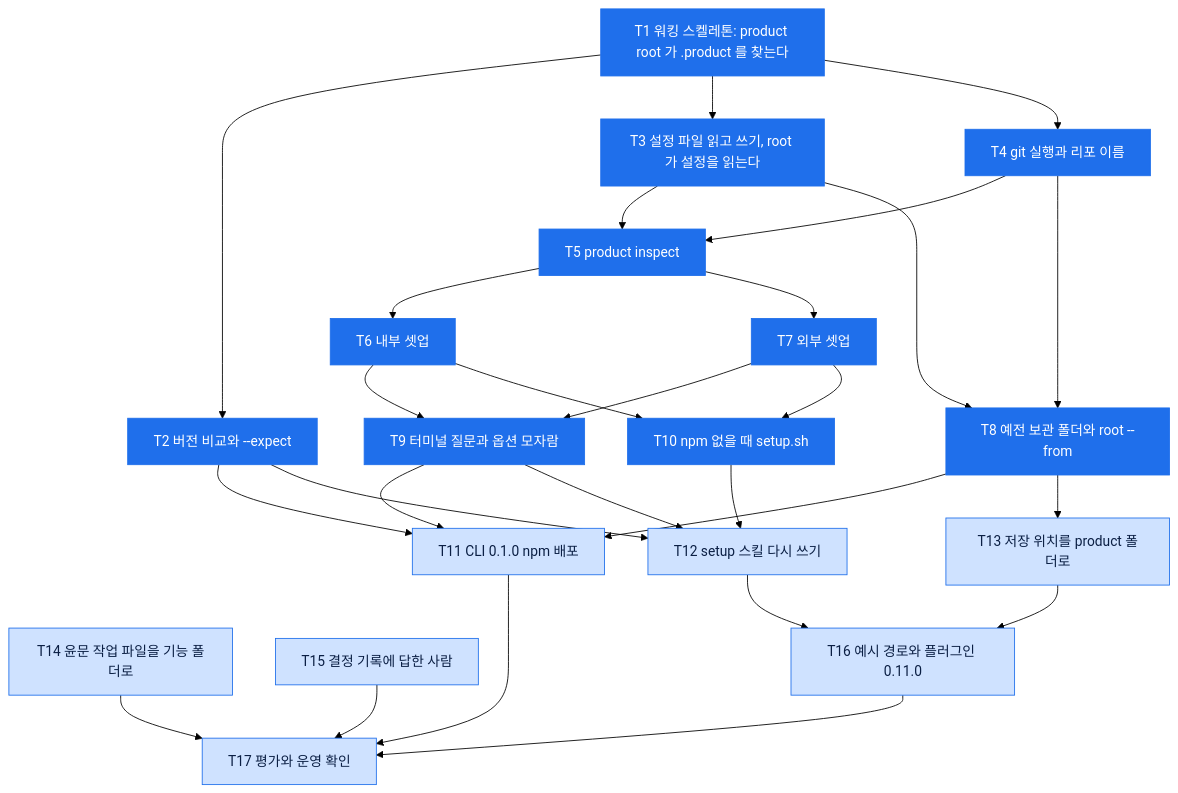
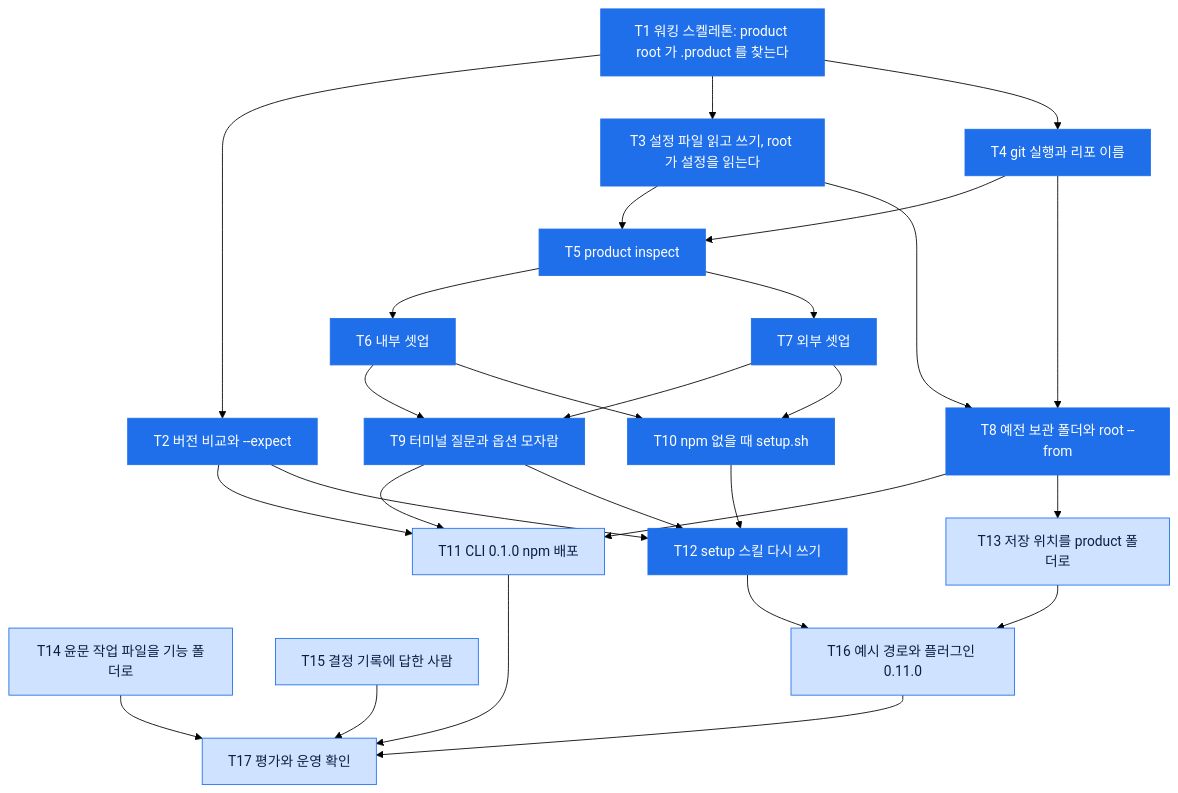
The diagram in .product/features/261122_setup-method/tasks.md (dorage/product-skills), drawn with Mermaid (forest theme) before and after one commit. The commit also changed other lines of this file and 2 other files, not shown here.

Commit message:
feat(product):셋업을 CLI 에 맡기고 두 방식 중 고르게 setup 스킬 재작성

````diff
--- a/.product/features/261122_setup-method/tasks.md
+++ b/.product/features/261122_setup-method/tasks.md
@@ -7,50 +7,50 @@
 ```mermaid
 flowchart TD
     T1["T1 워킹 스켈레톤: product root 가 .product 를 찾는다"]
     T2["T2 버전 비교와 --expect"]
     T3["T3 설정 파일 읽고 쓰기, root 가 설정을 읽는다"]
     T4["T4 git 실행과 리포 이름"]
     T5["T5 product inspect"]
     T6["T6 내부 셋업"]
     T7["T7 외부 셋업"]
     T8["T8 예전 보관 폴더와 root --from"]
     T9["T9 터미널 질문과 옵션 모자람"]
     T10["T10 npm 없을 때 setup.sh"]
     T11["T11 CLI 0.1.0 npm 배포"]
     T12["T12 setup 스킬 다시 쓰기"]
     T13["T13 저장 위치를 product 폴더로"]
     T14["T14 윤문 작업 파일을 기능 폴더로"]
     T15["T15 결정 기록에 답한 사람"]
     T16["T16 예시 경로와 플러그인 0.11.0"]
     T17["T17 평가와 운영 확인"]
     T1 --> T2
     T1 --> T3
     T1 --> T4
     T3 --> T5
     T4 --> T5
     T5 --> T6
     T5 --> T7
     T3 --> T8
     T4 --> T8
     T6 --> T9
     T7 --> T9
     T6 --> T10
     T7 --> T10
     T2 --> T11
     T8 --> T11
     T9 --> T11
     T9 --> T12
     T10 --> T12
     T2 --> T12
     T8 --> T13
     T12 --> T16
     T13 --> T16
     T11 --> T17
     T14 --> T17
     T15 --> T17
     T16 --> T17
     classDef done fill:#1f6feb,stroke:#1f6feb,color:#ffffff
     classDef todo fill:#cfe2ff,stroke:#1f6feb,color:#0b1f44
-    class T1,T2,T3,T4,T5,T6,T7,T8,T9,T10 done
-    class T11,T12,T13,T14,T15,T16,T17 todo
+    class T1,T2,T3,T4,T5,T6,T7,T8,T9,T10,T12 done
+    class T11,T13,T14,T15,T16,T17 todo
 ```
````
